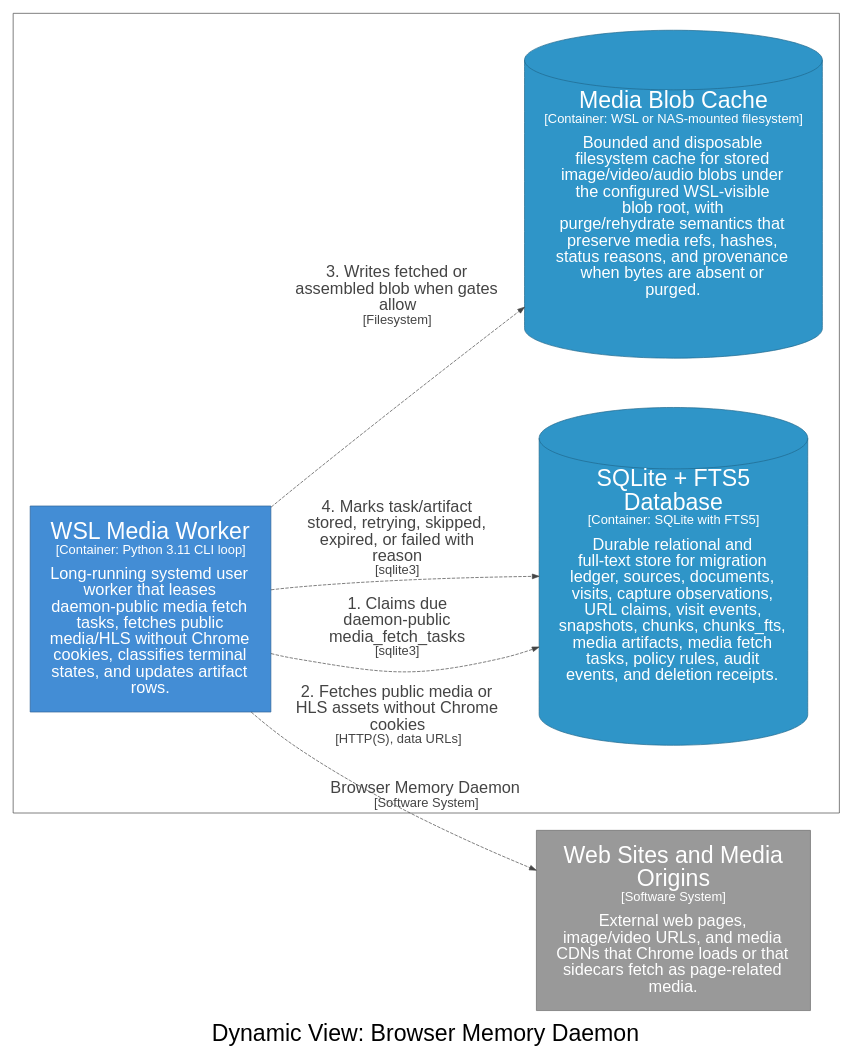
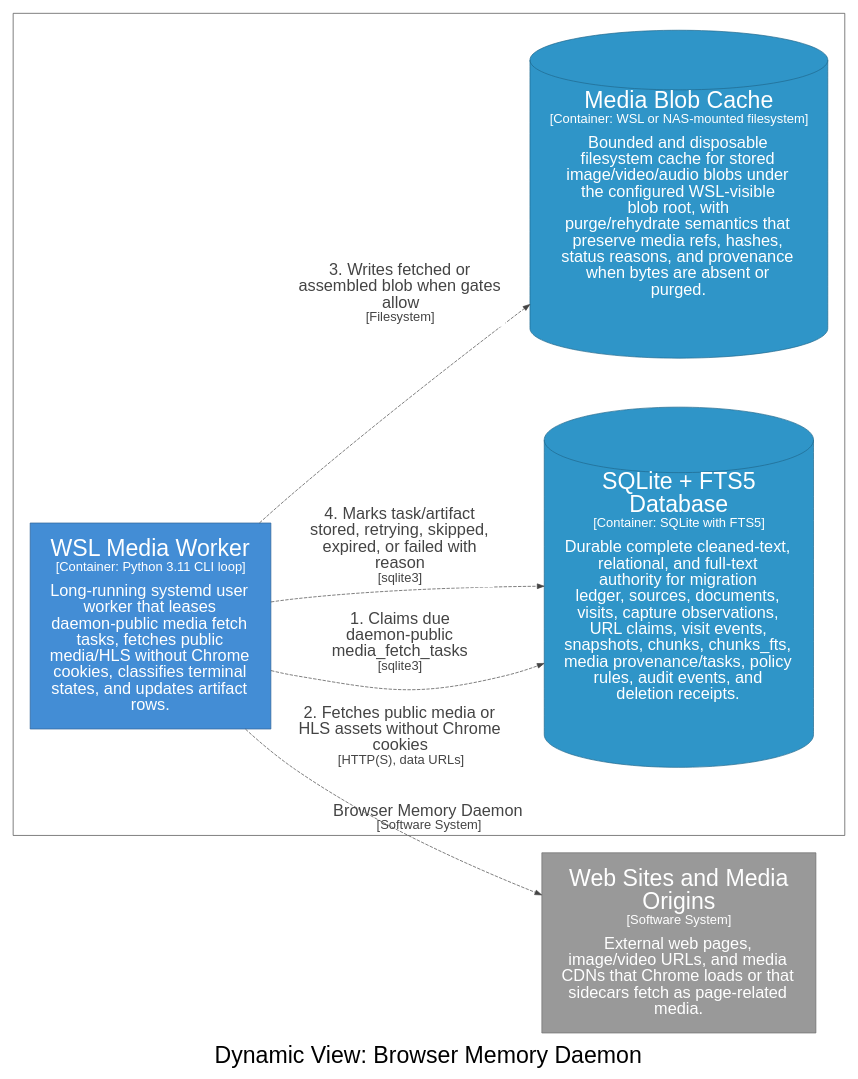
Before and after one commit to michaelnicks0/browser-memory-daemon: the diagram in docs/architecture/diagrams/dot/structurizr-DaemonPublicMediaWorkerFlow.dot, drawn with Graphviz. The commit also changed 196 other files, not shown here.

Commit message:
feat(storage): make SQLite authoritative for snapshot text

```diff
--- a/docs/architecture/diagrams/dot/structurizr-DaemonPublicMediaWorkerFlow.dot
+++ b/docs/architecture/diagrams/dot/structurizr-DaemonPublicMediaWorkerFlow.dot
@@ -1,28 +1,28 @@
 digraph {
   compound=true
   graph [fontname="Arial", rankdir=LR, ranksep=1.0, nodesep=1.0]
   node [fontname="Arial", shape=box, margin="0.4,0.3"]
   edge [fontname="Arial"]
   label=<<br /><font point-size="34">Dynamic View: Browser Memory Daemon</font>>
 
   subgraph cluster_4 {
     margin=25
     label=<<font point-size="24"><br />Browser Memory Daemon</font><br /><font point-size="19">[Software System]</font>>
     labelloc=b
     color="#444444"
     fontcolor="#444444"
     fillcolor="#444444"
 
-    25 [id=25,shape=rect, label=<<font point-size="34">WSL Media Worker</font><br /><font point-size="19">[Container: Python 3.11 CLI loop]</font><br /><br /><font point-size="24">Long-running systemd user<br />worker that leases<br />daemon-public media fetch<br />tasks, fetches public<br />media/HLS without Chrome<br />cookies, classifies terminal<br />states, and updates artifact<br />rows.</font>>, style=filled, color="#2e6295", fillcolor="#438dd5", fontcolor="#ffffff"]
-    28 [id=28,shape=cylinder, label=<<font point-size="34">SQLite + FTS5<br />Database</font><br /><font point-size="19">[Container: SQLite with FTS5]</font><br /><br /><font point-size="24">Durable relational and<br />full-text store for migration<br />ledger, sources, documents,<br />visits, capture observations,<br />URL claims, visit events,<br />snapshots, chunks, chunks_fts,<br />media artifacts, media fetch<br />tasks, policy rules, audit<br />events, and deletion receipts.</font>>, style=filled, color="#20688c", fillcolor="#2f95c8", fontcolor="#ffffff"]
-    30 [id=30,shape=cylinder, label=<<font point-size="34">Media Blob Cache</font><br /><font point-size="19">[Container: WSL or NAS-mounted filesystem]</font><br /><br /><font point-size="24">Bounded and disposable<br />filesystem cache for stored<br />image/video/audio blobs under<br />the configured WSL-visible<br />blob root, with<br />purge/rehydrate semantics that<br />preserve media refs, hashes,<br />status reasons, and provenance<br />when bytes are absent or<br />purged.</font>>, style=filled, color="#20688c", fillcolor="#2f95c8", fontcolor="#ffffff"]
+    26 [id=26,shape=rect, label=<<font point-size="34">WSL Media Worker</font><br /><font point-size="19">[Container: Python 3.11 CLI loop]</font><br /><br /><font point-size="24">Long-running systemd user<br />worker that leases<br />daemon-public media fetch<br />tasks, fetches public<br />media/HLS without Chrome<br />cookies, classifies terminal<br />states, and updates artifact<br />rows.</font>>, style=filled, color="#2e6295", fillcolor="#438dd5", fontcolor="#ffffff"]
+    29 [id=29,shape=cylinder, label=<<font point-size="34">SQLite + FTS5<br />Database</font><br /><font point-size="19">[Container: SQLite with FTS5]</font><br /><br /><font point-size="24">Durable complete cleaned-text,<br />relational, and full-text<br />authority for migration<br />ledger, sources, documents,<br />visits, capture observations,<br />URL claims, visit events,<br />snapshots, chunks, chunks_fts,<br />media provenance/tasks, policy<br />rules, audit events, and<br />deletion receipts.</font>>, style=filled, color="#20688c", fillcolor="#2f95c8", fontcolor="#ffffff"]
+    31 [id=31,shape=cylinder, label=<<font point-size="34">Media Blob Cache</font><br /><font point-size="19">[Container: WSL or NAS-mounted filesystem]</font><br /><br /><font point-size="24">Bounded and disposable<br />filesystem cache for stored<br />image/video/audio blobs under<br />the configured WSL-visible<br />blob root, with<br />purge/rehydrate semantics that<br />preserve media refs, hashes,<br />status reasons, and provenance<br />when bytes are absent or<br />purged.</font>>, style=filled, color="#20688c", fillcolor="#2f95c8", fontcolor="#ffffff"]
   }
 
   3 [id=3,shape=rect, label=<<font point-size="34">Web Sites and Media<br />Origins</font><br /><font point-size="19">[Software System]</font><br /><br /><font point-size="24">External web pages,<br />image/video URLs, and media<br />CDNs that Chrome loads or that<br />sidecars fetch as page-related<br />media.</font>>, style=filled, color="#6b6b6b", fillcolor="#999999", fontcolor="#ffffff"]
 
-  25 -> 28 [id=47, label=<<font point-size="24">1. Claims due<br />daemon-public<br />media_fetch_tasks</font><br /><font point-size="19">[sqlite3]</font>>, style="dashed", color="#444444", fontcolor="#444444"]
-  25 -> 3 [id=48, label=<<font point-size="24">2. Fetches public media or<br />HLS assets without Chrome<br />cookies</font><br /><font point-size="19">[HTTP(S), data URLs]</font>>, style="dashed", color="#444444", fontcolor="#444444"]
-  25 -> 30 [id=49, label=<<font point-size="24">3. Writes fetched or<br />assembled blob when gates<br />allow</font><br /><font point-size="19">[Filesystem]</font>>, style="dashed", color="#444444", fontcolor="#444444"]
-  25 -> 28 [id=47, label=<<font point-size="24">4. Marks task/artifact<br />stored, retrying, skipped,<br />expired, or failed with<br />reason</font><br /><font point-size="19">[sqlite3]</font>>, style="dashed", color="#444444", fontcolor="#444444"]
+  26 -> 29 [id=48, label=<<TABLE BORDER="0" CELLBORDER="0" CELLSPACING="0" CELLPADDING="4" BGCOLOR="white"><TR><TD><font point-size="24">1. Claims due<br />daemon-public<br />media_fetch_tasks</font><br /><font point-size="19">[sqlite3]</font></TD></TR></TABLE>>, style="dashed", color="#444444", fontcolor="#444444"]
+  26 -> 3 [id=49, label=<<TABLE BORDER="0" CELLBORDER="0" CELLSPACING="0" CELLPADDING="4" BGCOLOR="white"><TR><TD><font point-size="24">2. Fetches public media or<br />HLS assets without Chrome<br />cookies</font><br /><font point-size="19">[HTTP(S), data URLs]</font></TD></TR></TABLE>>, style="dashed", color="#444444", fontcolor="#444444"]
+  26 -> 31 [id=50, label=<<TABLE BORDER="0" CELLBORDER="0" CELLSPACING="0" CELLPADDING="4" BGCOLOR="white"><TR><TD><font point-size="24">3. Writes fetched or<br />assembled blob when gates<br />allow</font><br /><font point-size="19">[Filesystem]</font></TD></TR></TABLE>>, style="dashed", color="#444444", fontcolor="#444444"]
+  26 -> 29 [id=48, label=<<TABLE BORDER="0" CELLBORDER="0" CELLSPACING="0" CELLPADDING="4" BGCOLOR="white"><TR><TD><font point-size="24">4. Marks task/artifact<br />stored, retrying, skipped,<br />expired, or failed with<br />reason</font><br /><font point-size="19">[sqlite3]</font></TD></TR></TABLE>>, style="dashed", color="#444444", fontcolor="#444444"]
 
 }
```
